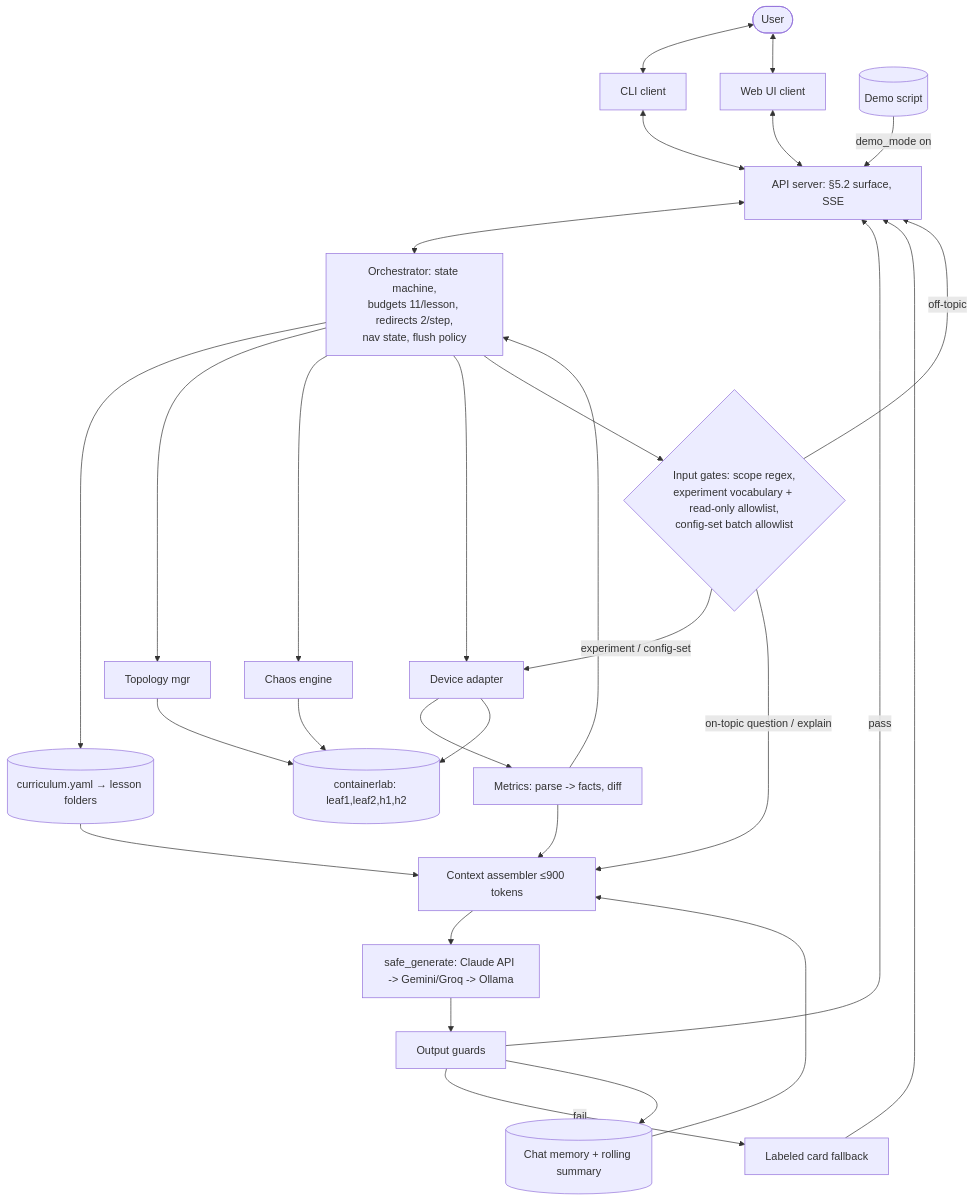
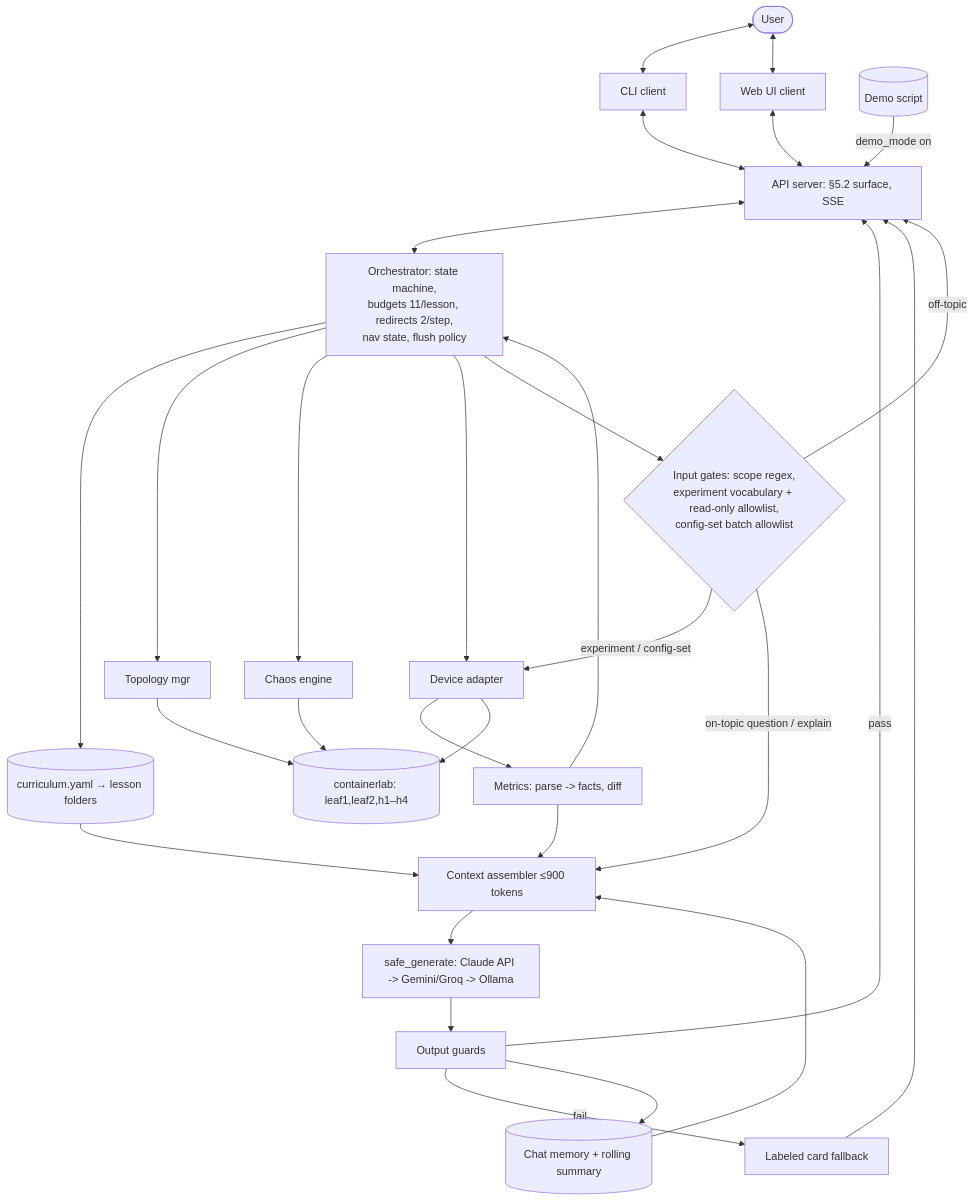
The diagram in PRODUCT.md (LovekushSharma71/SonicChaosLab), drawn with Mermaid before and after one commit. The commit also changed other lines of this file and 40 other files, not shown here.

````diff
--- a/PRODUCT.md
+++ b/PRODUCT.md
@@ -323,26 +327,26 @@
 ```mermaid
 flowchart TD
     U([User]) <--> CLI[CLI client] & WUI[Web UI client]
     CLI & WUI <--> API[API server: §5.2 surface, SSE]
     API <--> ORC[Orchestrator: state machine,
 budgets 11/lesson, redirects 2/step,
 nav state, flush policy]
     ORC --> LST[(curriculum.yaml → lesson folders)]
     ORC --> TM[Topology mgr] & CE[Chaos engine] & DA[Device adapter]
     DA --> MET[Metrics: parse -> facts, diff]
     MET --> ORC
     ORC --> IG{Input gates: scope regex,
 experiment vocabulary + read-only allowlist,
 config-set batch allowlist}
     IG -->|off-topic| API
     IG -->|experiment / config-set| DA
     IG -->|on-topic question / explain| CA[Context assembler ≤900 tokens]
     LST & MET & CM[(Chat memory + rolling summary)] --> CA
     CA --> MC[safe_generate: Claude API -> Gemini/Groq -> Ollama]
     MC --> OG[Output guards]
     OG -->|pass| API
     OG -->|fail| FB[Labeled card fallback] --> API
     OG --> CM
     DS[(Demo script)] -->|demo_mode on| API
-    TM & CE & DA --> LAB[(containerlab: leaf1,leaf2,h1,h2)]
+    TM & CE & DA --> LAB[(containerlab: leaf1,leaf2,h1–h4)]
 ```
````
